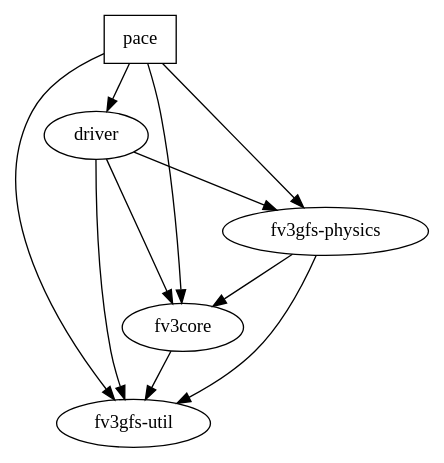
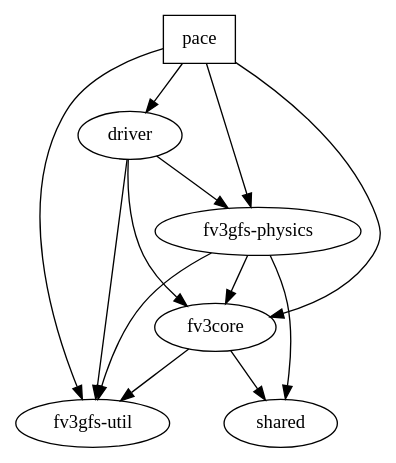
The diagram in dependencies.dot (ai2cm/pace), drawn with Graphviz before and after one commit. The commit also changed 1 other file, not shown here.

Commit message:
update shared dependencies

```diff
--- a/dependencies.dot
+++ b/dependencies.dot
@@ -1,25 +1,27 @@
 # this dotfile is used as a reference source for project dependencies
 # each folder entry must have a "label" equal to its directory name
 #
 # If you update this file, please re-generate the svg with `make dependencies.svg`
 # and commit it to the repository
 
 digraph {
   pace [shape=box]
   fv3core [shape=oval, label="fv3core"]
   driver [shape=oval, label="driver"]
   physics [shape=oval, label="fv3gfs-physics"]
   util [shape=oval, label="fv3gfs-util"]
 
   pace -> fv3core
   pace -> physics
   pace -> util
   pace -> driver
   driver -> fv3core
   driver -> physics
   driver -> util
   fv3core -> util
   physics -> util
   physics -> fv3core
+  fv3core -> shared
+  physics -> shared
 
 }
```
